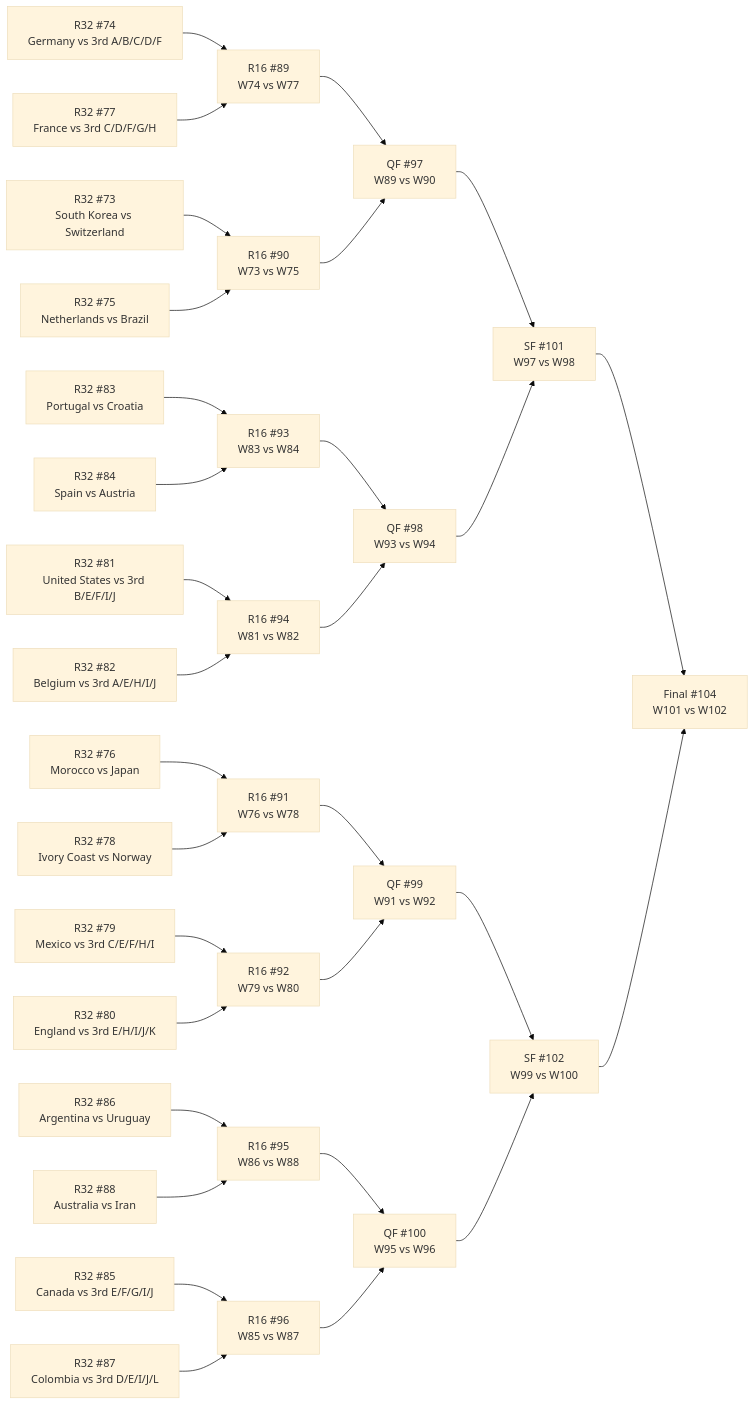
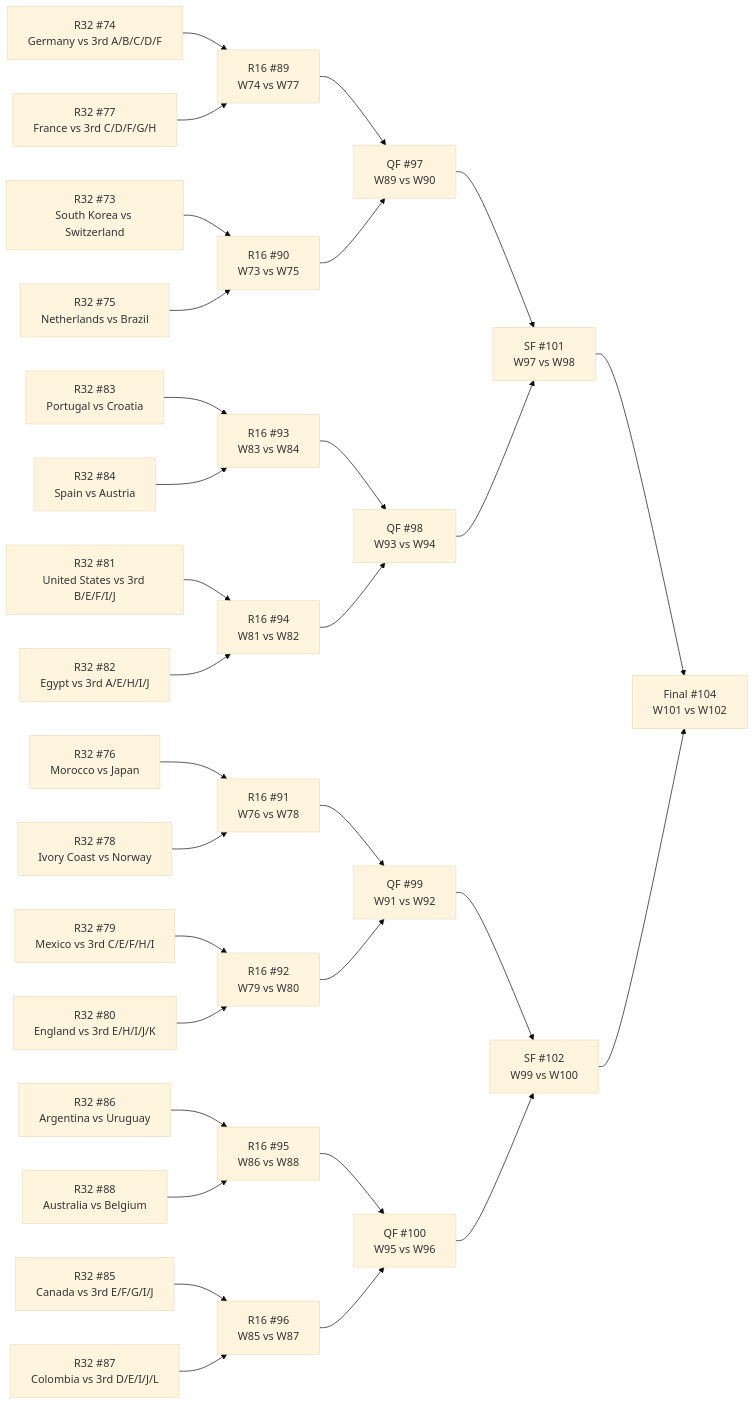
Before and after one commit to Tutai-Tran/WC-2026-predictor: the diagram in WC vault/_bracket.md, drawn with Mermaid (base theme). The commit also changed 87 other files, not shown here.

````diff
--- a/WC vault/_bracket.md
+++ b/WC vault/_bracket.md
@@ -11,64 +11,64 @@
 ```mermaid
 flowchart LR
   M73["R32 #73<br>South Korea vs Switzerland"]
   M74["R32 #74<br>Germany vs 3rd A/B/C/D/F"]
   M75["R32 #75<br>Netherlands vs Brazil"]
   M76["R32 #76<br>Morocco vs Japan"]
   M77["R32 #77<br>France vs 3rd C/D/F/G/H"]
   M78["R32 #78<br>Ivory Coast vs Norway"]
   M79["R32 #79<br>Mexico vs 3rd C/E/F/H/I"]
   M80["R32 #80<br>England vs 3rd E/H/I/J/K"]
   M81["R32 #81<br>United States vs 3rd B/E/F/I/J"]
-  M82["R32 #82<br>Belgium vs 3rd A/E/H/I/J"]
+  M82["R32 #82<br>Egypt vs 3rd A/E/H/I/J"]
   M83["R32 #83<br>Portugal vs Croatia"]
   M84["R32 #84<br>Spain vs Austria"]
   M85["R32 #85<br>Canada vs 3rd E/F/G/I/J"]
   M86["R32 #86<br>Argentina vs Uruguay"]
   M87["R32 #87<br>Colombia vs 3rd D/E/I/J/L"]
-  M88["R32 #88<br>Australia vs Iran"]
+  M88["R32 #88<br>Australia vs Belgium"]
   M89["R16 #89<br>W74 vs W77"]
   M90["R16 #90<br>W73 vs W75"]
   M91["R16 #91<br>W76 vs W78"]
   M92["R16 #92<br>W79 vs W80"]
   M93["R16 #93<br>W83 vs W84"]
   M94["R16 #94<br>W81 vs W82"]
   M95["R16 #95<br>W86 vs W88"]
   M96["R16 #96<br>W85 vs W87"]
   M97["QF #97<br>W89 vs W90"]
   M98["QF #98<br>W93 vs W94"]
   M99["QF #99<br>W91 vs W92"]
   M100["QF #100<br>W95 vs W96"]
   M101["SF #101<br>W97 vs W98"]
   M102["SF #102<br>W99 vs W100"]
   M104["Final #104<br>W101 vs W102"]
   M74 --> M89
   M77 --> M89
   M73 --> M90
   M75 --> M90
   M76 --> M91
   M78 --> M91
   M79 --> M92
   M80 --> M92
   M83 --> M93
   M84 --> M93
   M81 --> M94
   M82 --> M94
   M86 --> M95
   M88 --> M95
   M85 --> M96
   M87 --> M96
   M89 --> M97
   M90 --> M97
   M93 --> M98
   M94 --> M98
   M91 --> M99
   M92 --> M99
   M95 --> M100
   M96 --> M100
   M97 --> M101
   M98 --> M101
   M99 --> M102
   M100 --> M102
   M101 --> M104
   M102 --> M104
 ```
````
